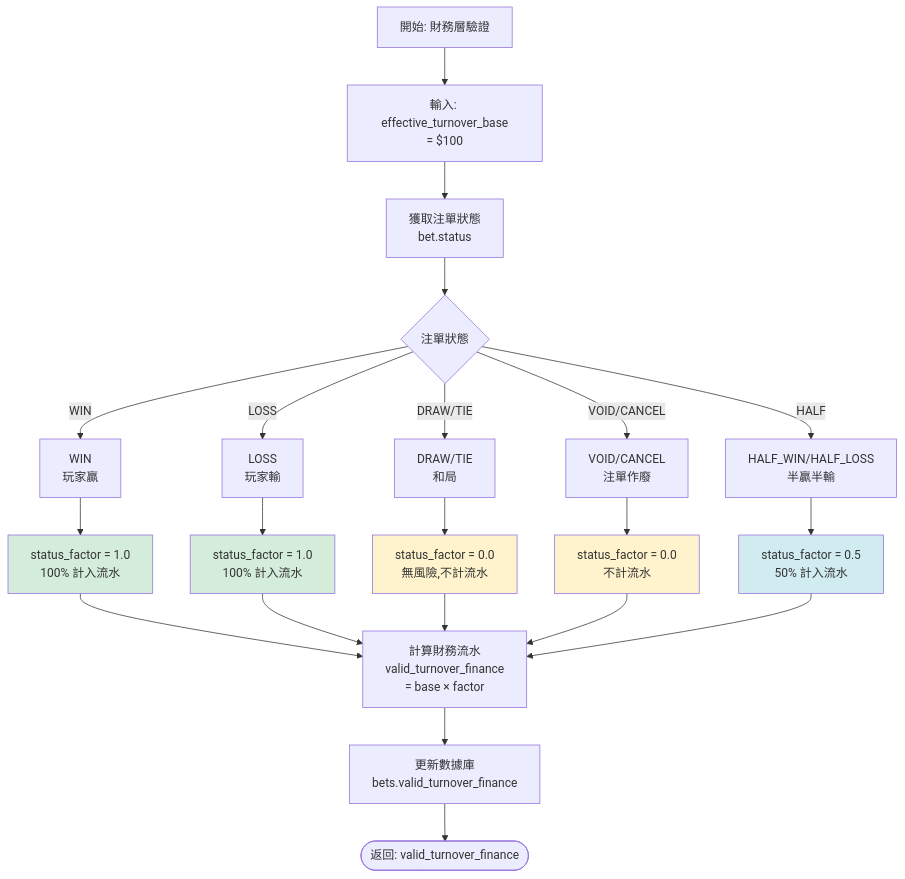
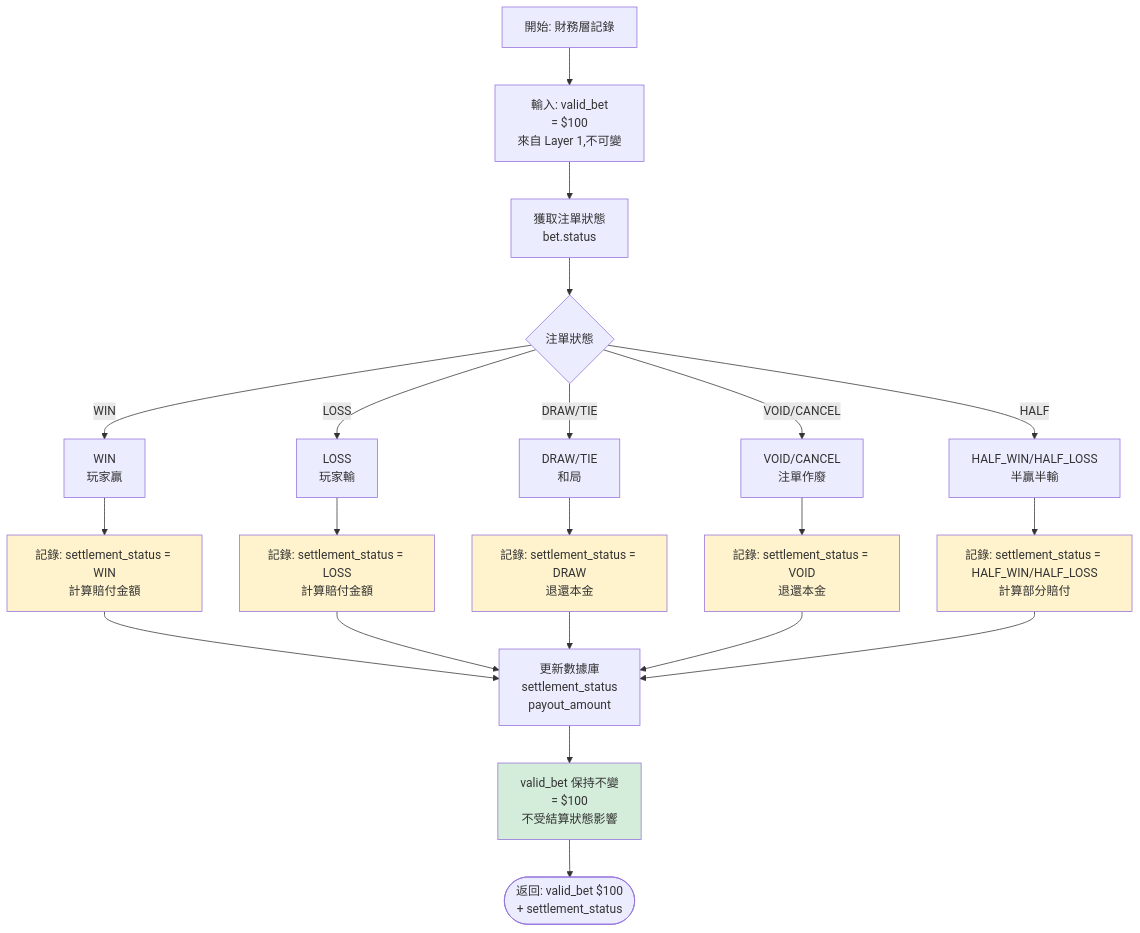
The sixth of 14 diagrams in docs/IGaming/02_Finance_Center/02-04-diagrams/02-04-01_Flowcharts_and_Sequences.md (ron03wlb/smart-admin), drawn with Mermaid before and after one commit. The commit also changed other lines of this file and 42 other files, not shown here.

````diff
--- a/docs/IGaming/02_Finance_Center/02-04-diagrams/02-04-01_Flowcharts_and_Sequences.md
+++ b/docs/IGaming/02_Finance_Center/02-04-diagrams/02-04-01_Flowcharts_and_Sequences.md
@@ -413,59 +425,60 @@
 ```mermaid
 flowchart TD
-    A[開始: 財務層驗證]
-    B[輸入: effective_turnover_base<br/>= $100]
+    A[開始: 財務層記錄]
+    B[輸入: valid_bet<br/>= $100<br/>來自 Layer 1,不可變]
     C[獲取注單狀態<br/>bet.status]
     D{注單狀態}
 
     E[WIN<br/>玩家贏]
-    F[status_factor = 1.0<br/>100% 計入流水]
+    F[記錄: settlement_status = WIN<br/>計算賠付金額]
 
     G[LOSS<br/>玩家輸]
-    H[status_factor = 1.0<br/>100% 計入流水]
+    H[記錄: settlement_status = LOSS<br/>計算賠付金額]
 
     I[DRAW/TIE<br/>和局]
-    J[status_factor = 0.0<br/>無風險,不計流水]
+    J[記錄: settlement_status = DRAW<br/>退還本金]
 
     K[VOID/CANCEL<br/>注單作廢]
-    L[status_factor = 0.0<br/>不計流水]
+    L[記錄: settlement_status = VOID<br/>退還本金]
 
     M[HALF_WIN/HALF_LOSS<br/>半贏半輸]
-    N[status_factor = 0.5<br/>50% 計入流水]
+    N[記錄: settlement_status = HALF_WIN/HALF_LOSS<br/>計算部分賠付]
 
-    O[計算財務流水<br/>valid_turnover_finance<br/>= base × factor]
+    O[更新數據庫<br/>settlement_status<br/>payout_amount]
 
-    P[更新數據庫<br/>bets.valid_turnover_finance]
+    P[valid_bet 保持不變<br/>= $100<br/>不受結算狀態影響]
 
-    End([返回: valid_turnover_finance])
+    End([返回: valid_bet $100<br/>+ settlement_status])
 
     A --> B
     B --> C
     C --> D
 
     D -->|WIN| E
     D -->|LOSS| G
     D -->|DRAW/TIE| I
     D -->|VOID/CANCEL| K
     D -->|HALF| M
 
     E --> F
     G --> H
     I --> J
     K --> L
     M --> N
 
     F --> O
     H --> O
     J --> O
     L --> O
     N --> O
 
     O --> P
     P --> End
 
-    style F fill:#d4edda
-    style H fill:#d4edda
+    style P fill:#d4edda
+    style F fill:#fff3cd
+    style H fill:#fff3cd
     style J fill:#fff3cd
     style L fill:#fff3cd
-    style N fill:#d1ecf1
+    style N fill:#fff3cd
 ```
````
